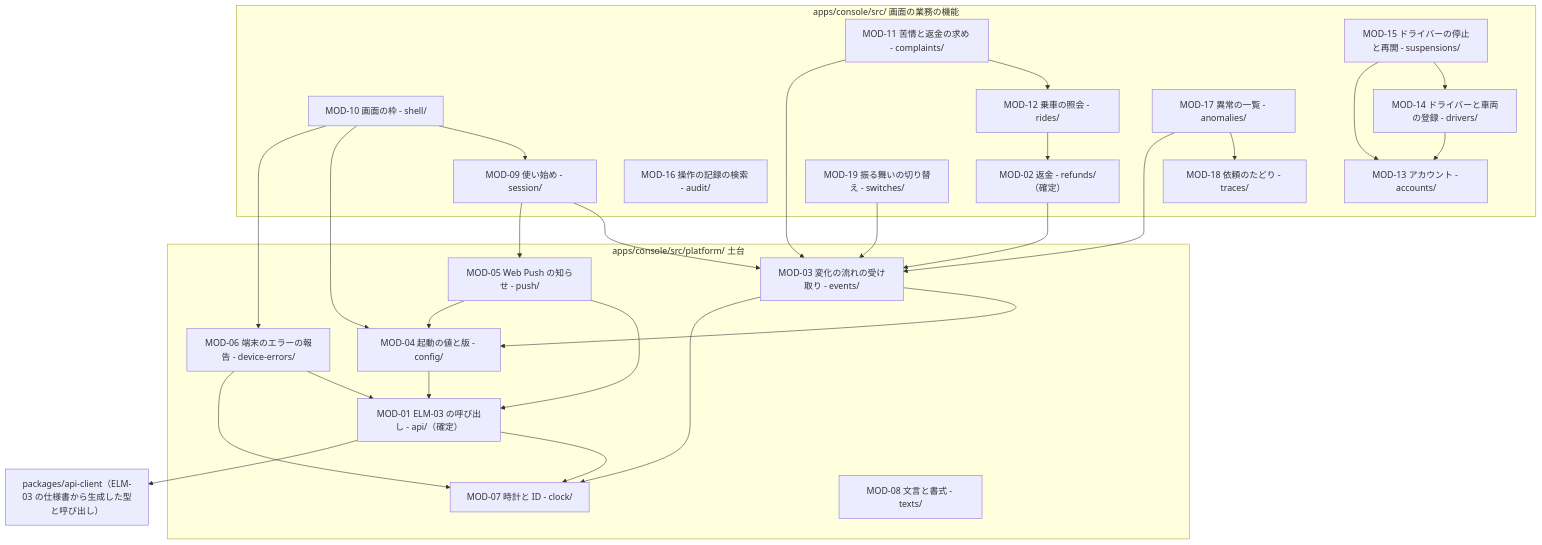
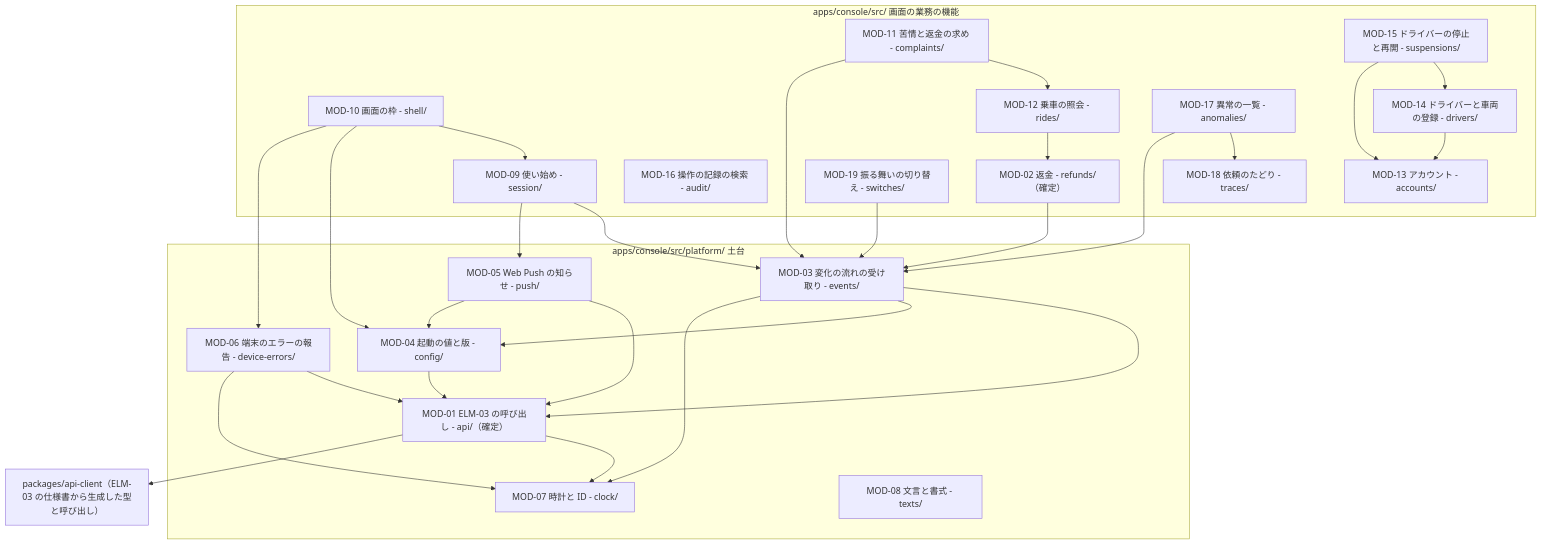
Before and after one commit to Taro000/ride-hailing-app-demo: the first of 3 diagrams in docs/design/4-detailed-design/ELM-02.md, drawn with Mermaid. The commit also changed other lines of this file and 14 other files, not shown here.

````diff
--- a/docs/design/4-detailed-design/ELM-02.md
+++ b/docs/design/4-detailed-design/ELM-02.md
@@ -23,50 +23,51 @@
 ```mermaid
 flowchart TD
   subgraph caps["apps/console/src/ 画面の業務の機能"]
     m10["MOD-10 画面の枠 - shell/"]
     m09["MOD-09 使い始め - session/"]
     m11["MOD-11 苦情と返金の求め - complaints/"]
     m12["MOD-12 乗車の照会 - rides/"]
     m02["MOD-02 返金 - refunds/（確定）"]
     m13["MOD-13 アカウント - accounts/"]
     m14["MOD-14 ドライバーと車両の登録 - drivers/"]
     m15["MOD-15 ドライバーの停止と再開 - suspensions/"]
     m16["MOD-16 操作の記録の検索 - audit/"]
     m17["MOD-17 異常の一覧 - anomalies/"]
     m18["MOD-18 依頼のたどり - traces/"]
     m19["MOD-19 振る舞いの切り替え - switches/"]
   end
   subgraph plat["apps/console/src/platform/ 土台"]
     m01["MOD-01 ELM-03 の呼び出し - api/（確定）"]
     m03["MOD-03 変化の流れの受け取り - events/"]
     m04["MOD-04 起動の値と版 - config/"]
     m05["MOD-05 Web Push の知らせ - push/"]
     m06["MOD-06 端末のエラーの報告 - device-errors/"]
     m07["MOD-07 時計と ID - clock/"]
     m08["MOD-08 文言と書式 - texts/"]
   end
   m10 --> m09
   m10 --> m04
   m10 --> m06
   m11 --> m12
   m12 --> m02
   m14 --> m13
   m15 --> m14
   m15 --> m13
   m17 --> m18
   m09 --> m03
   m09 --> m05
   m02 --> m03
   m11 --> m03
   m17 --> m03
   m19 --> m03
+  m03 --> m01
   m03 --> m04
   m03 --> m07
   m04 --> m01
   m05 --> m01
   m05 --> m04
   m06 --> m01
   m06 --> m07
   m01 --> m07
   m01 --> client["packages/api-client（ELM-03 の仕様書から生成した型と呼び出し）"]
 ```
````
